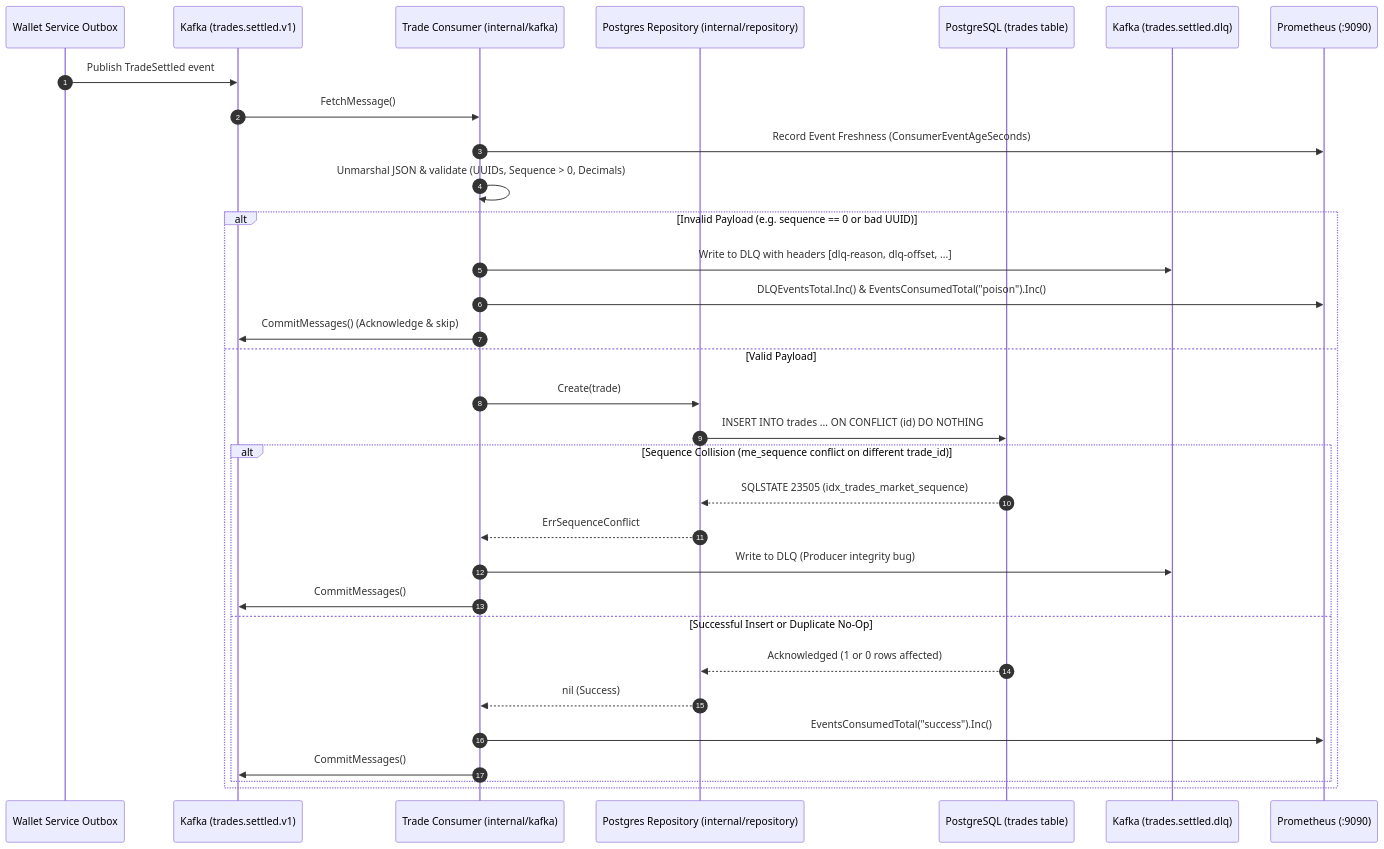
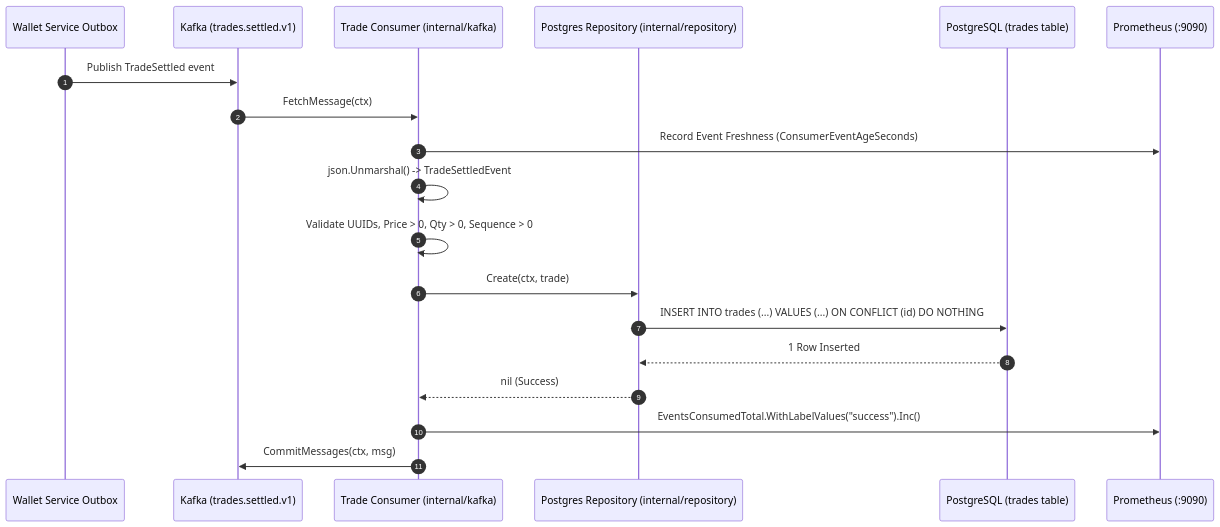
The first of 7 diagrams in services/trade/README.md (akhilbabu26/tradedrift), drawn with Mermaid before and after one commit. The commit also changed other lines of this file and 34 other files, not shown here.

````diff
--- a/services/trade/README.md
+++ b/services/trade/README.md
@@ -184,35 +508,22 @@
 ```mermaid
 sequenceDiagram
     autonumber
     participant Wallet as Wallet Service Outbox
     participant Kafka as Kafka (trades.settled.v1)
     participant Consumer as Trade Consumer (internal/kafka)
     participant Repo as Postgres Repository (internal/repository)
     participant DB as PostgreSQL (trades table)
-    participant DLQ as Kafka (trades.settled.dlq)
     participant Metrics as Prometheus (:9090)
 
     Wallet->>Kafka: Publish TradeSettled event
-    Kafka->>Consumer: FetchMessage()
+    Kafka->>Consumer: FetchMessage(ctx)
     Consumer->>Metrics: Record Event Freshness (ConsumerEventAgeSeconds)
-    Consumer->>Consumer: Unmarshal JSON & validate (UUIDs, Sequence > 0, Decimals)
-    alt Invalid Payload (e.g. sequence == 0 or bad UUID)
-        Consumer->>DLQ: Write to DLQ with headers [dlq-reason, dlq-offset, ...]
-        Consumer->>Metrics: DLQEventsTotal.Inc() & EventsConsumedTotal("poison").Inc()
-        Consumer->>Kafka: CommitMessages() (Acknowledge & skip)
-    else Valid Payload
-        Consumer->>Repo: Create(trade)
-        Repo->>DB: INSERT INTO trades ... ON CONFLICT (id) DO NOTHING
-        alt Sequence Collision (me_sequence conflict on different trade_id)
-            DB-->>Repo: SQLSTATE 23505 (idx_trades_market_sequence)
-            Repo-->>Consumer: ErrSequenceConflict
-            Consumer->>DLQ: Write to DLQ (Producer integrity bug)
-            Consumer->>Kafka: CommitMessages()
-        else Successful Insert or Duplicate No-Op
-            DB-->>Repo: Acknowledged (1 or 0 rows affected)
-            Repo-->>Consumer: nil (Success)
-            Consumer->>Metrics: EventsConsumedTotal("success").Inc()
-            Consumer->>Kafka: CommitMessages()
-        end
-    end
+    Consumer->>Consumer: json.Unmarshal() -> TradeSettledEvent
+    Consumer->>Consumer: Validate UUIDs, Price > 0, Qty > 0, Sequence > 0
+    Consumer->>Repo: Create(ctx, trade)
+    Repo->>DB: INSERT INTO trades (...) VALUES (...) ON CONFLICT (id) DO NOTHING
+    DB-->>Repo: 1 Row Inserted
+    Repo-->>Consumer: nil (Success)
+    Consumer->>Metrics: EventsConsumedTotal.WithLabelValues("success").Inc()
+    Consumer->>Kafka: CommitMessages(ctx, msg)
 ```
````
